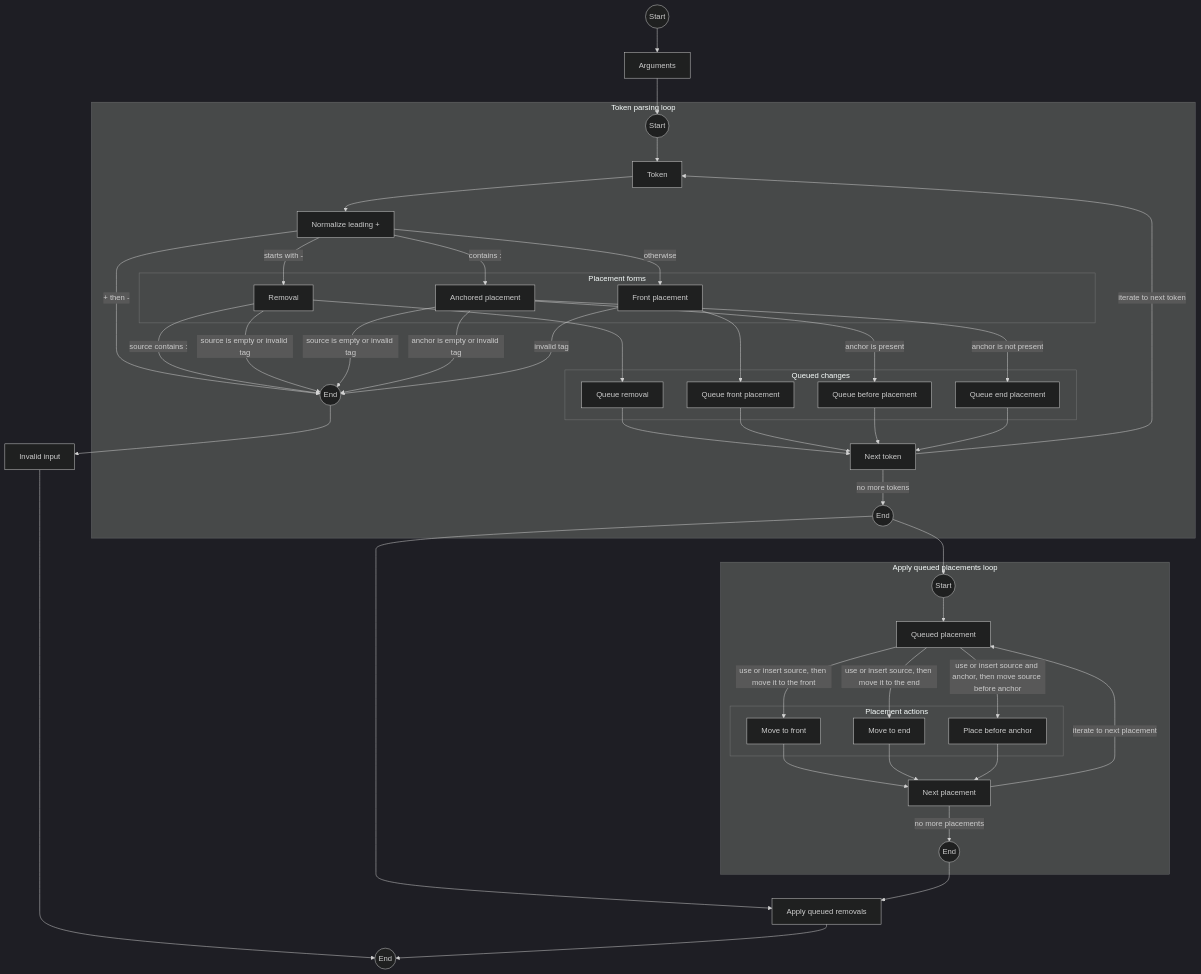
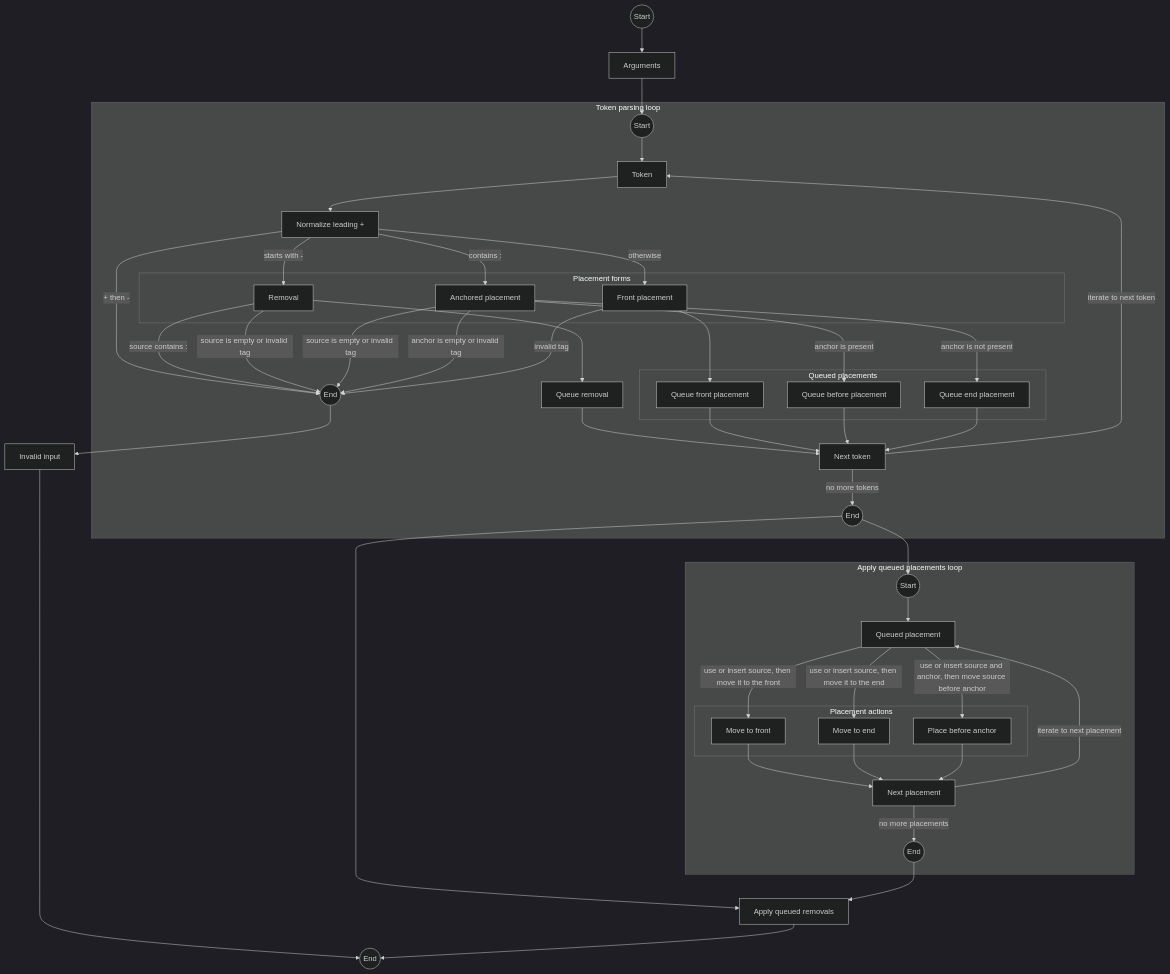
Before and after one commit to Glutexo/macos-language-manager: the diagram in docs/macos-language-manager.md, drawn with Mermaid (dark theme).

Commit message:
Separate queued removals from placements in diagram

````diff
--- a/docs/macos-language-manager.md
+++ b/docs/macos-language-manager.md
@@ -228,77 +228,78 @@
 ```mermaid
 flowchart TD
     Start((Start)) --> Arguments[Arguments]
     Arguments --> TokenLoopStart
 
     subgraph TokenParsing["Token parsing loop"]
         TokenLoopStart((Start)) --> Token[Token]
         Token[Token] --> LeadingPlus[Normalize leading +]
 
         subgraph PlacementForms["Placement forms"]
             Removal[Removal]
             AnchoredPlacement[Anchored placement]
             FrontPlacement[Front placement]
         end
 
-        subgraph QueuedChanges["Queued changes"]
-            QueueRemoval[Queue removal]
+        QueueRemoval[Queue removal]
+
+        subgraph QueuedPlacements["Queued placements"]
             QueueFront[Queue front placement]
             QueueBefore[Queue before placement]
             QueueEnd[Queue end placement]
         end
 
         LeadingPlus -- + then - --> TokenLoopInvalidEnd((End))
         LeadingPlus -- starts with - --> Removal
         LeadingPlus -- contains : --> AnchoredPlacement
         LeadingPlus -- otherwise --> FrontPlacement
 
         Removal -- source contains : --> TokenLoopInvalidEnd
         Removal -- source is empty or invalid tag --> TokenLoopInvalidEnd
         Removal --> QueueRemoval
 
         AnchoredPlacement -- source is empty or invalid tag --> TokenLoopInvalidEnd
         AnchoredPlacement -- anchor is empty or invalid tag --> TokenLoopInvalidEnd
         AnchoredPlacement -- anchor is not present --> QueueEnd
         AnchoredPlacement -- anchor is present --> QueueBefore
 
         FrontPlacement -- invalid tag --> TokenLoopInvalidEnd
         FrontPlacement --> QueueFront
 
         QueueRemoval --> NextToken[Next token]
         QueueFront --> NextToken
         QueueBefore --> NextToken
         QueueEnd --> NextToken
 
         NextToken -- iterate to next token --> Token
         NextToken -- no more tokens --> TokenLoopDoneEnd((End))
     end
 
     TokenLoopInvalidEnd --> InvalidInput[Invalid input]
     InvalidInput --> End((End))
 
     TokenLoopDoneEnd --> PlacementLoopStart
     TokenLoopDoneEnd --> ApplyRemovals[Apply queued removals]
 
     subgraph PlacementLoop["Apply queued placements loop"]
         PlacementLoopStart((Start)) --> Placement[Queued placement]
 
         subgraph PlacementActions["Placement actions"]
             MoveToFront[Move to front]
             MoveToEnd[Move to end]
             PlaceBeforeAnchor[Place before anchor]
         end
 
         Placement -- use or insert source, then move it to the front --> MoveToFront
         Placement -- use or insert source, then move it to the end --> MoveToEnd
         Placement -- use or insert source and anchor, then move source before anchor --> PlaceBeforeAnchor
 
         MoveToFront --> NextPlacement[Next placement]
         MoveToEnd --> NextPlacement
         PlaceBeforeAnchor --> NextPlacement
         NextPlacement -- iterate to next placement --> Placement
         NextPlacement -- no more placements --> PlacementLoopEnd((End))
     end
 
     PlacementLoopEnd --> ApplyRemovals
     ApplyRemovals --> End
 ```
````
